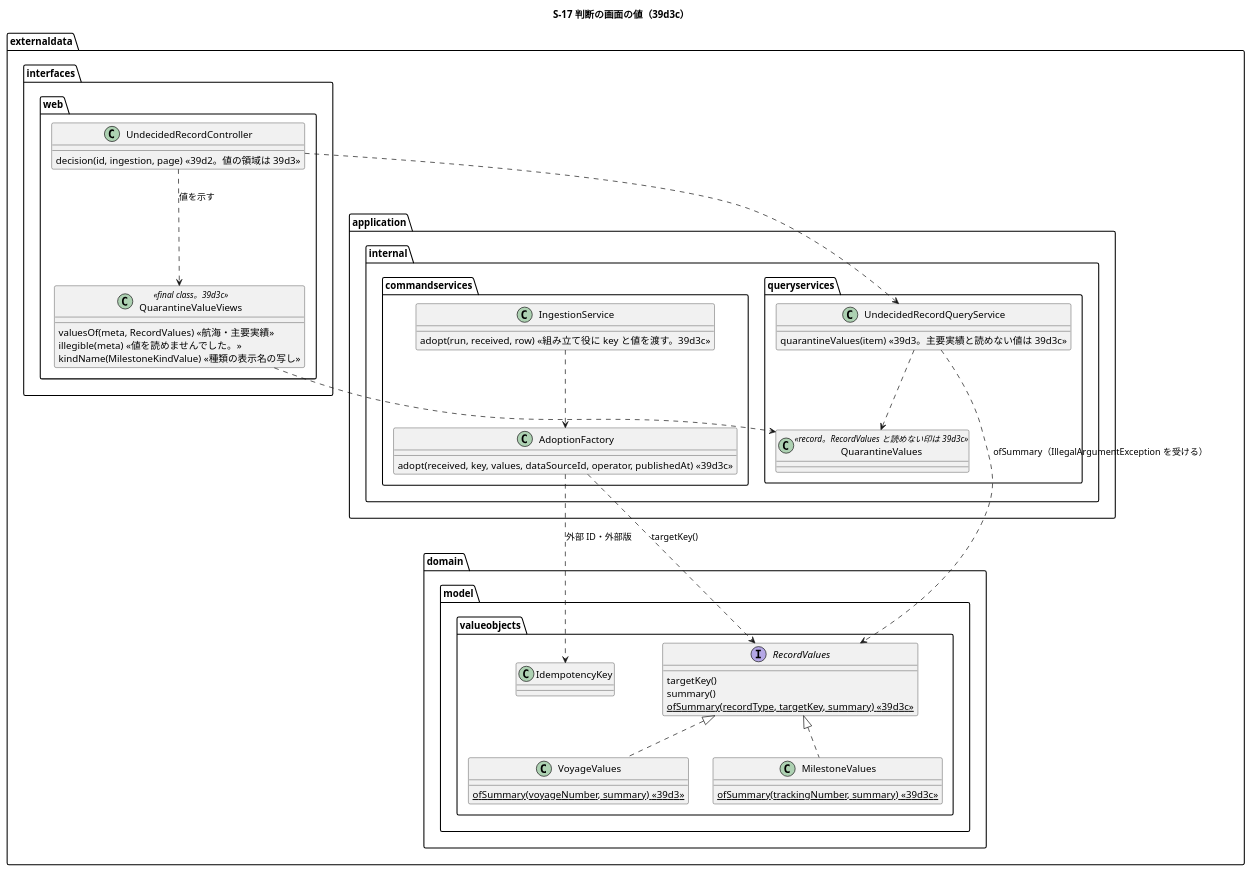
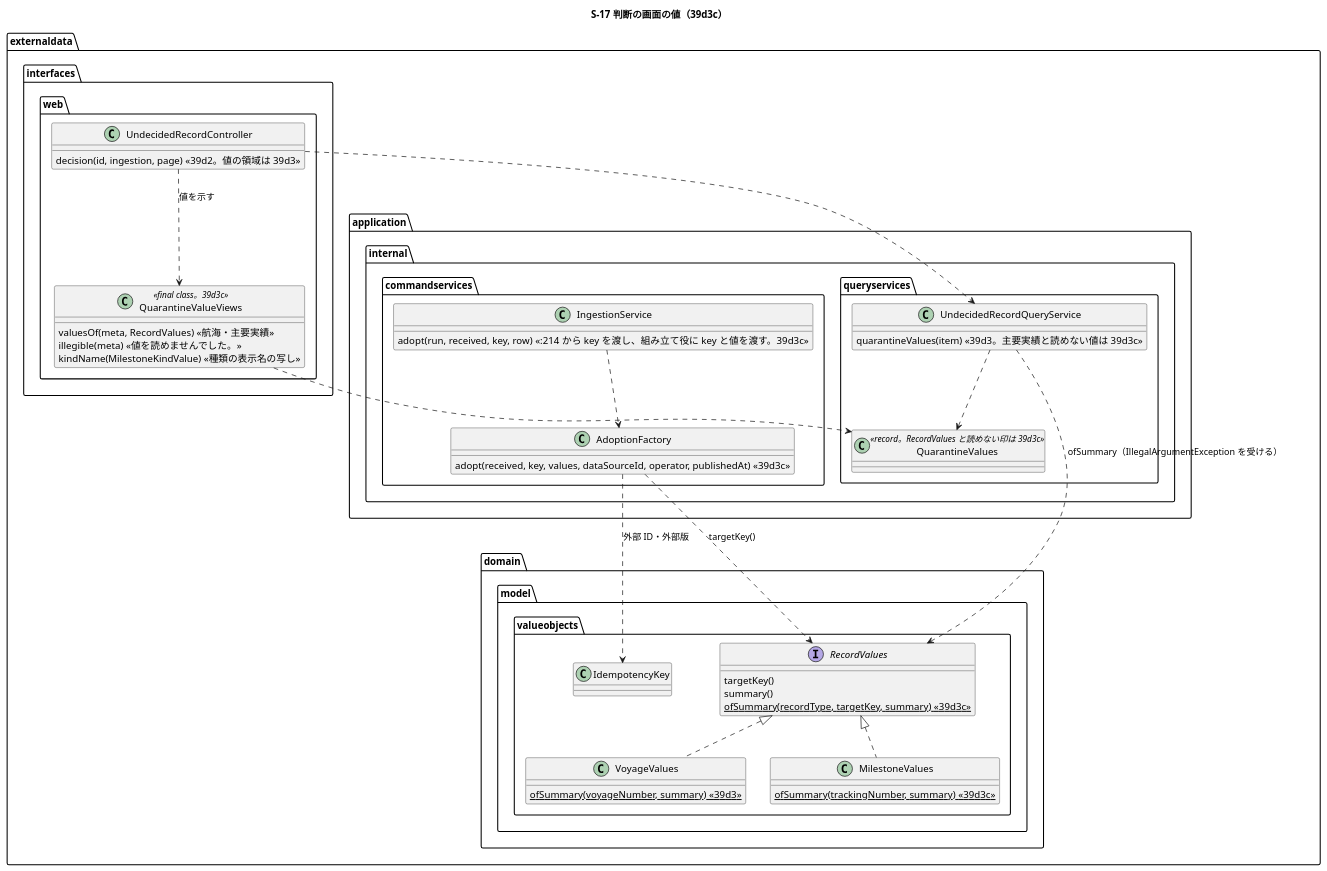
One commit to k2works/practical-domain-driven-design-in-enterpris-application changed the third of 3 diagrams in docs/development/cargo-tracker/bolt_39d3c_plan.md. Above: the diagram before and after it, drawn with PlantUML. The commit also changed other lines of this file and 1 other file, not shown here.

````diff
--- a/docs/development/cargo-tracker/bolt_39d3c_plan.md
+++ b/docs/development/cargo-tracker/bolt_39d3c_plan.md
@@ -280,53 +295,53 @@
 ```plantuml
 @startuml
 title S-17 判断の画面の値（39d3c）
 package "externaldata.interfaces.web" {
   class UndecidedRecordController {
     decision(id, ingestion, page) <<39d2。値の領域は 39d3>>
   }
   class QuarantineValueViews <<final class。39d3c>> {
     valuesOf(meta, RecordValues) <<航海・主要実績>>
     illegible(meta) <<値を読めませんでした。>>
     kindName(MilestoneKindValue) <<種類の表示名の写し>>
   }
 }
 package "externaldata.application.internal.queryservices" {
   class UndecidedRecordQueryService {
     quarantineValues(item) <<39d3。主要実績と読めない値は 39d3c>>
   }
   class QuarantineValues <<record。RecordValues と読めない印は 39d3c>>
 }
 package "externaldata.application.internal.commandservices" {
   class IngestionService {
-    adopt(run, received, row) <<組み立て役に key と値を渡す。39d3c>>
+    adopt(run, received, key, row) <<:214 から key を渡し、組み立て役に key と値を渡す。39d3c>>
   }
   class AdoptionFactory {
     adopt(received, key, values, dataSourceId, operator, publishedAt) <<39d3c>>
   }
 }
 package "externaldata.domain.model.valueobjects" {
   interface RecordValues {
     targetKey()
     summary()
     {static} ofSummary(recordType, targetKey, summary) <<39d3c>>
   }
   class VoyageValues {
     {static} ofSummary(voyageNumber, summary) <<39d3>>
   }
   class MilestoneValues {
     {static} ofSummary(trackingNumber, summary) <<39d3c>>
   }
   class IdempotencyKey
 }
 RecordValues <|.. VoyageValues
 RecordValues <|.. MilestoneValues
 UndecidedRecordController ..> UndecidedRecordQueryService
 UndecidedRecordController ..> QuarantineValueViews : 値を示す
 QuarantineValueViews ..> QuarantineValues
 UndecidedRecordQueryService ..> RecordValues : ofSummary（IllegalArgumentException を受ける）
 UndecidedRecordQueryService ..> QuarantineValues
 IngestionService ..> AdoptionFactory
 AdoptionFactory ..> RecordValues : targetKey()
 AdoptionFactory ..> IdempotencyKey : 外部 ID・外部版
 @enduml
 ```
````
